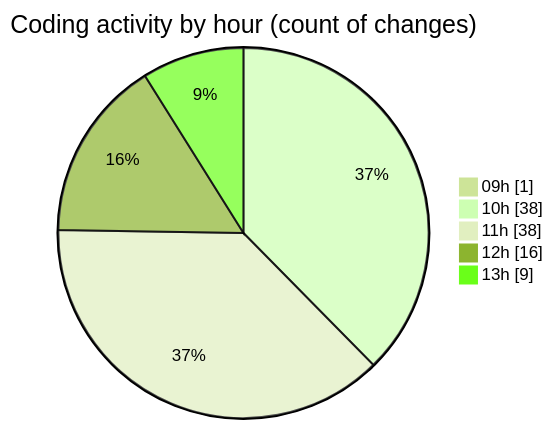
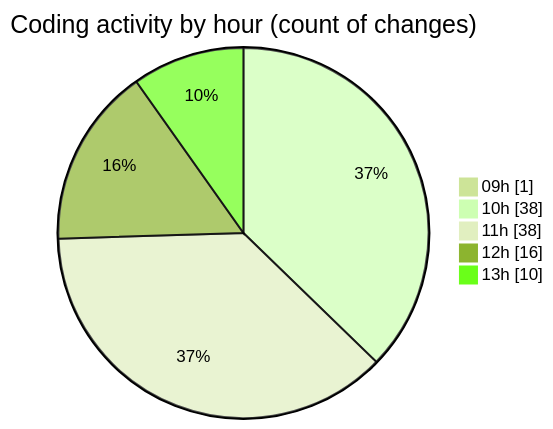
Before and after one commit to momahboobian/code-tracking: the second of 2 diagrams in 2026-01-07/cda/README.md, drawn with Mermaid (forest theme). The commit also changed other lines of this file and 1 other file, not shown here.

````diff
--- a/2026-01-07/cda/README.md
+++ b/2026-01-07/cda/README.md
@@ -55,9 +55,9 @@
 ```mermaid
 pie showData
 title Coding activity by hour (count of changes)
 "09h" : 1
 "10h" : 38
 "11h" : 38
 "12h" : 16
-"13h" : 9
+"13h" : 10
 ```
````
